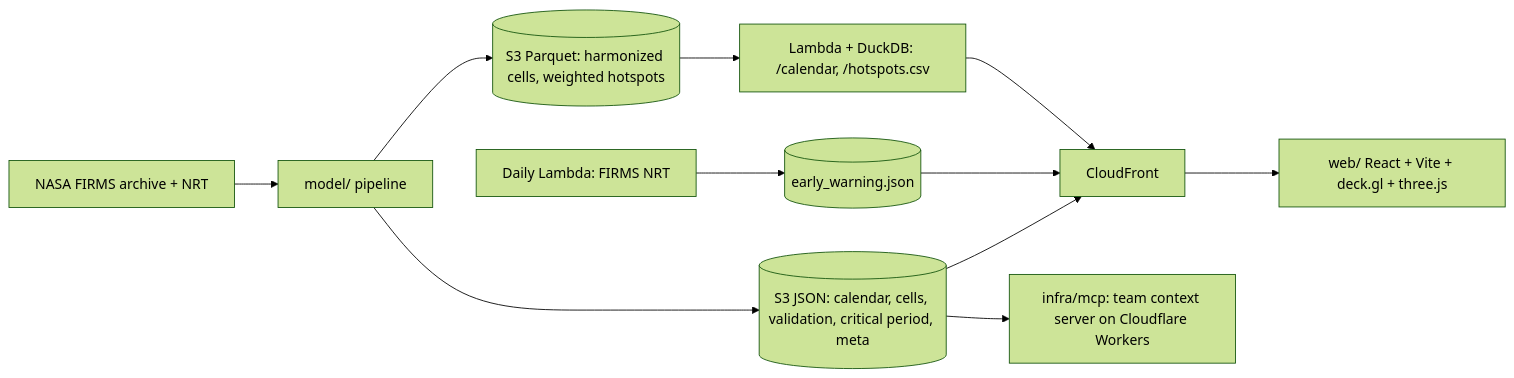
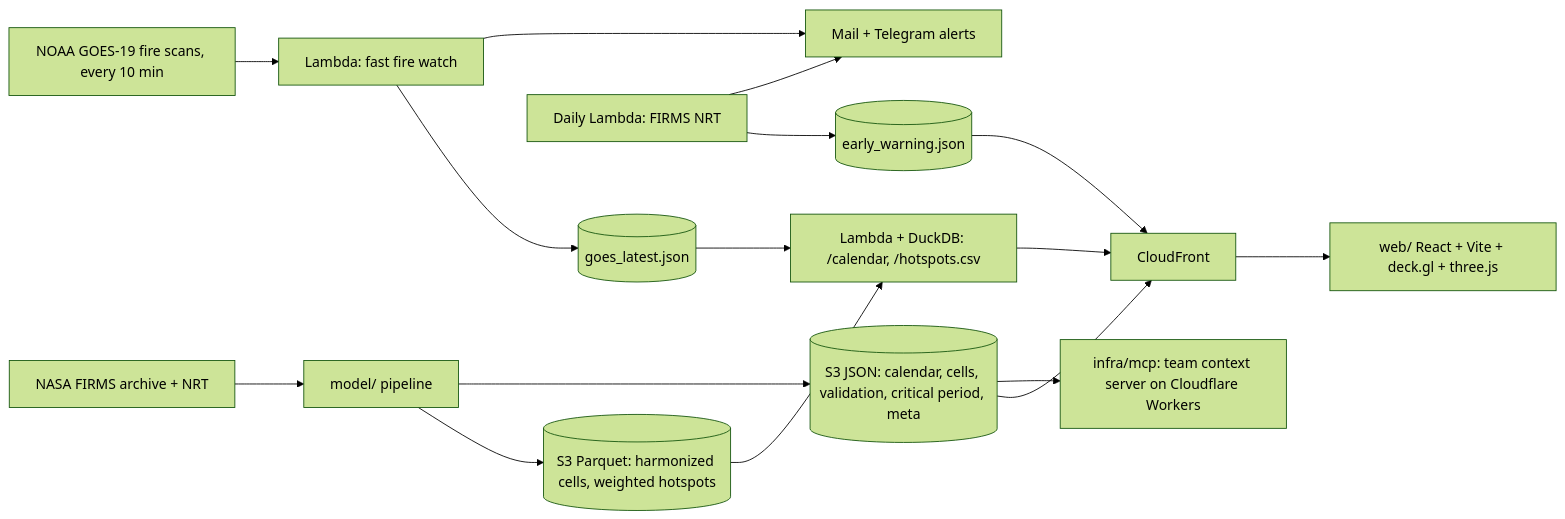
Before and after one commit to lautaromoreyraa/aeros: the diagram in plan.md, drawn with Mermaid (forest theme). The commit also changed other lines of this file, not shown here.

First line of the commit message:
Describe the GOES-19 fast fire layer in the plan

````diff
--- a/plan.md
+++ b/plan.md
@@ -66,13 +67,18 @@
 ```mermaid
 flowchart LR
   FIRMS[NASA FIRMS archive + NRT] --> PIPE[model/ pipeline]
   PIPE --> PQ[(S3 Parquet: harmonized cells, weighted hotspots)]
   PIPE --> JSON[(S3 JSON: calendar, cells, validation, critical period, meta)]
   PQ --> API[Lambda + DuckDB: /calendar, /hotspots.csv]
   JSON --> CF[CloudFront]
   API --> CF
   CF --> WEB[web/ React + Vite + deck.gl + three.js]
   NRT[Daily Lambda: FIRMS NRT] --> EW[(early_warning.json)]
   EW --> CF
+  GOES[NOAA GOES-19 fire scans, every 10 min] --> FAST[Lambda: fast fire watch]
+  FAST --> GL[(goes_latest.json)]
+  GL --> API
+  NRT --> ALERT[Mail + Telegram alerts]
+  FAST --> ALERT
   JSON --> MCP[infra/mcp: team context server on Cloudflare Workers]
 ```
````
